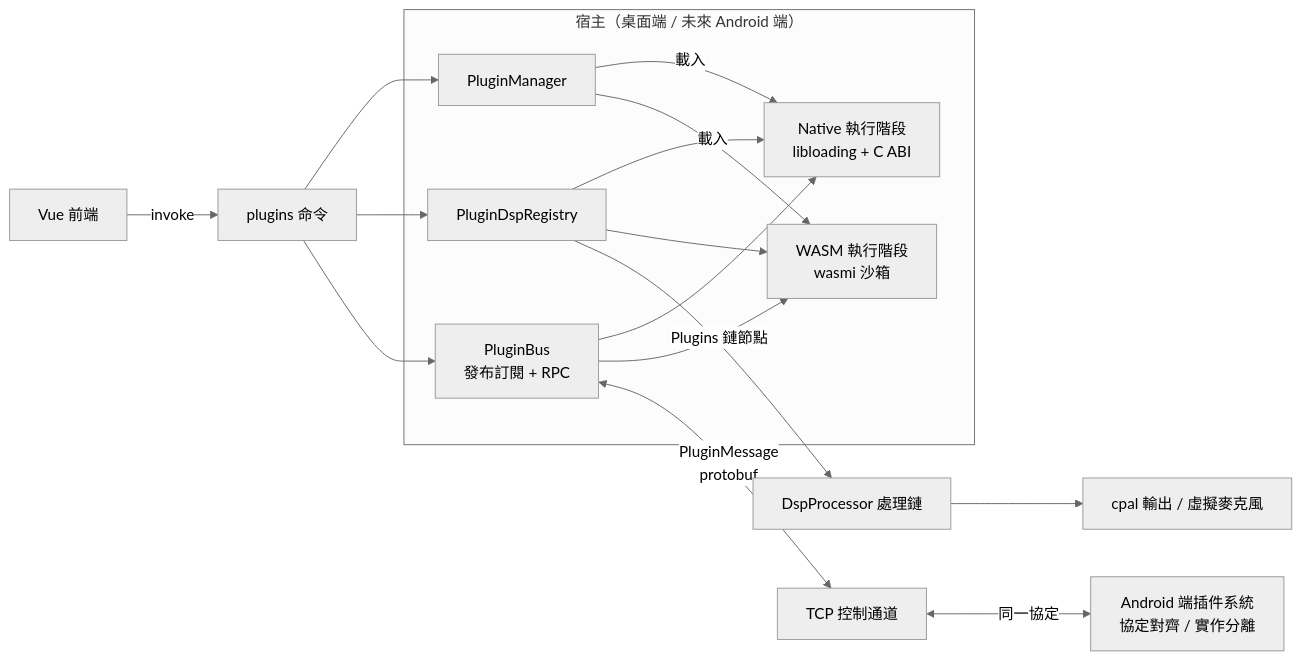
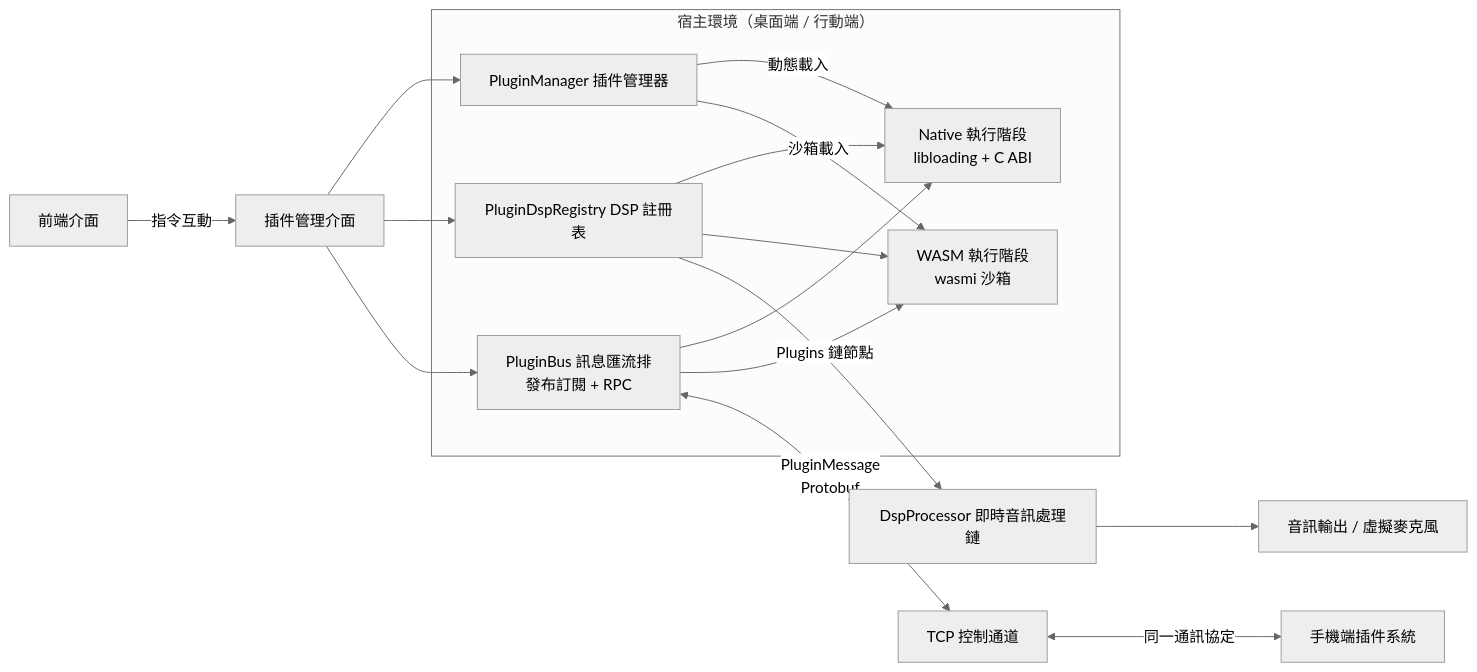
Before and after one commit to MicYou-Dev/Website-MicYou: the first of 2 diagrams in src/zh-TW/docs/plugin/plugin-overview.md, drawn with Mermaid (neutral theme). The commit also changed other lines of this file and 48 other files, not shown here.

````diff
--- a/src/zh-TW/docs/plugin/plugin-overview.md
+++ b/src/zh-TW/docs/plugin/plugin-overview.md
@@ -18,22 +20,22 @@
 ```mermaid
 flowchart LR
-  subgraph Host["宿主（桌面端 / 未來 Android 端）"]
-    PM["PluginManager"] -->|載入| N["Native 執行階段<br/>libloading + C ABI"]
-    PM -->|載入| W["WASM 執行階段<br/>wasmi 沙箱"]
-    BUS["PluginBus<br/>發布訂閱 + RPC"] --> N
+  subgraph Host["宿主環境（桌面端 / 行動端）"]
+    PM["PluginManager 插件管理器"] -->|動態載入| N["Native 執行階段<br/>libloading + C ABI"]
+    PM -->|沙箱載入| W["WASM 執行階段<br/>wasmi 沙箱"]
+    BUS["PluginBus 訊息匯流排<br/>發布訂閱 + RPC"] --> N
     BUS --> W
-    DSP["PluginDspRegistry"] --> N
+    DSP["PluginDspRegistry DSP 註冊表"] --> N
     DSP --> W
   end
 
-  DSP -->|"Plugins 鏈節點"| CHAIN["DspProcessor 處理鏈"]
-  CHAIN --> OUT["cpal 輸出 / 虛擬麥克風"]
+  DSP -->|"Plugins 鏈節點"| CHAIN["DspProcessor 即時音訊處理鏈"]
+  CHAIN --> OUT["音訊輸出 / 虛擬麥克風"]
 
-  BUS <-->|PluginMessage<br/>protobuf| TCP["TCP 控制通道"]
-  TCP <-->|同一協定| PHONE["Android 端插件系統<br/>協定對齊 / 實作分離"]
+  BUS <-->|PluginMessage<br/>Protobuf| TCP["TCP 控制通道"]
+  TCP <-->|同一通訊協定| PHONE["手機端插件系統"]
 
-  GUI["Vue 前端"] -->|invoke| CMDS["plugins 命令"]
+  GUI["前端介面"] -->|指令互動| CMDS["插件管理介面"]
   CMDS --> PM
   CMDS --> DSP
   CMDS --> BUS
 ```
````
